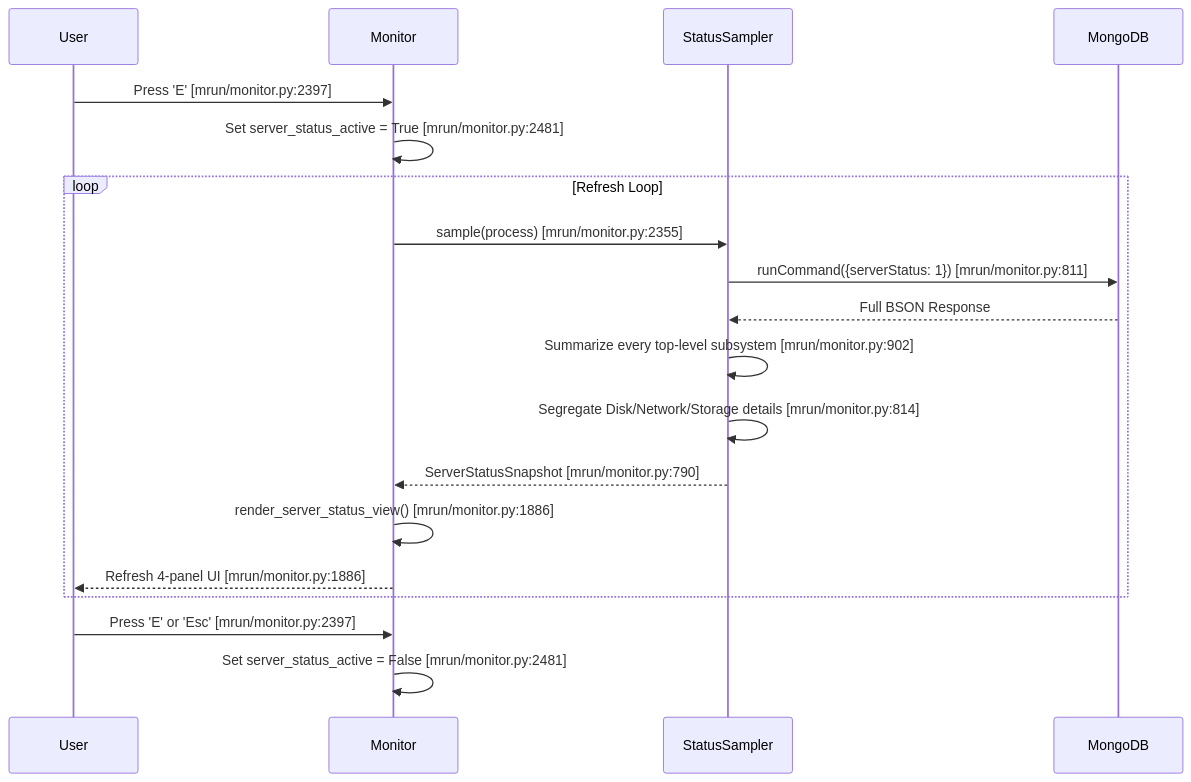
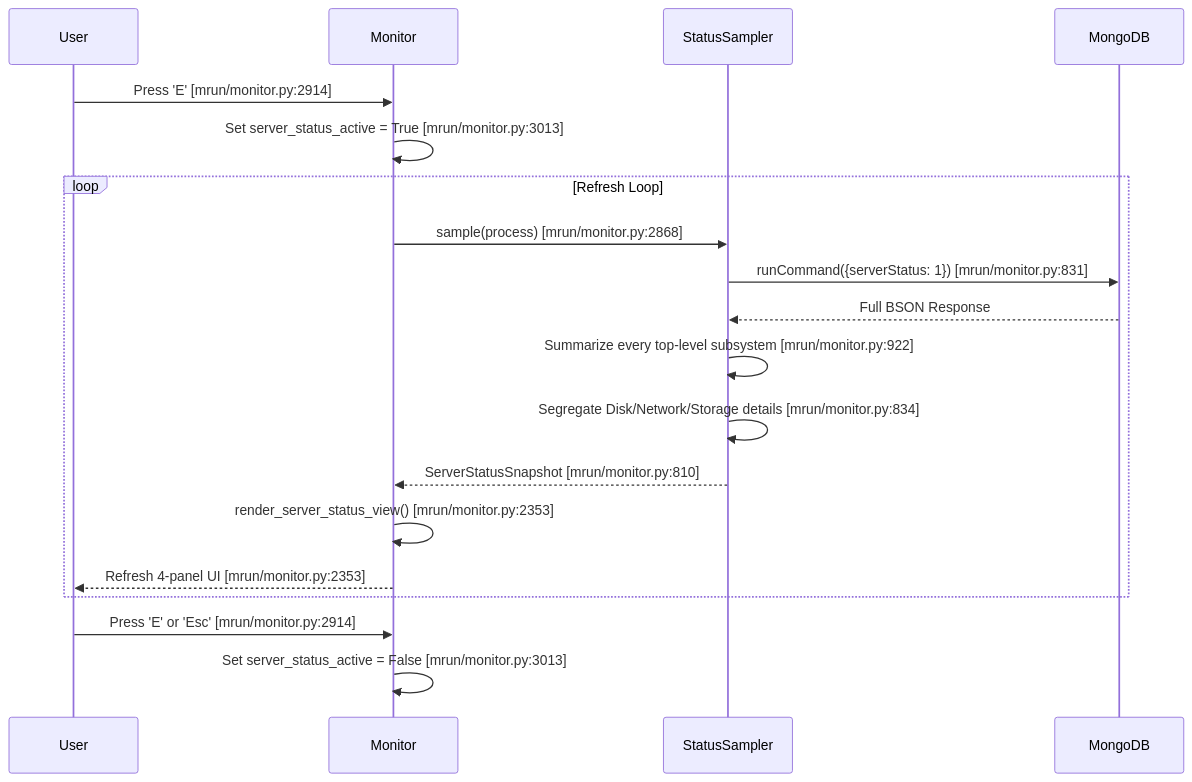
One commit to mongodb/mlaunch changed the fifth of 11 diagrams in doc/feature-monitor-guide.md. Above: the diagram before and after it, drawn with Mermaid. The commit also changed other lines of this file and 4 other files, not shown here.

````diff
--- a/doc/feature-monitor-guide.md
+++ b/doc/feature-monitor-guide.md
@@ -362,22 +365,22 @@
 ```mermaid
 sequenceDiagram
     participant User
     participant Monitor
     participant StatusSampler
     participant Mongo as MongoDB
 
-    User->>Monitor: Press 'E' [mrun/monitor.py:2397]
-    Monitor->>Monitor: Set server_status_active = True [mrun/monitor.py:2481]
+    User->>Monitor: Press 'E' [mrun/monitor.py:2914]
+    Monitor->>Monitor: Set server_status_active = True [mrun/monitor.py:3013]
     loop Refresh Loop
-        Monitor->>StatusSampler: sample(process) [mrun/monitor.py:2355]
-        StatusSampler->>Mongo: runCommand({serverStatus: 1}) [mrun/monitor.py:811]
+        Monitor->>StatusSampler: sample(process) [mrun/monitor.py:2868]
+        StatusSampler->>Mongo: runCommand({serverStatus: 1}) [mrun/monitor.py:831]
         Mongo-->>StatusSampler: Full BSON Response
-        StatusSampler->>StatusSampler: Summarize every top-level subsystem [mrun/monitor.py:902]
-        StatusSampler->>StatusSampler: Segregate Disk/Network/Storage details [mrun/monitor.py:814]
-        StatusSampler-->>Monitor: ServerStatusSnapshot [mrun/monitor.py:790]
-        Monitor->>Monitor: render_server_status_view() [mrun/monitor.py:1886]
-        Monitor-->>User: Refresh 4-panel UI [mrun/monitor.py:1886]
+        StatusSampler->>StatusSampler: Summarize every top-level subsystem [mrun/monitor.py:922]
+        StatusSampler->>StatusSampler: Segregate Disk/Network/Storage details [mrun/monitor.py:834]
+        StatusSampler-->>Monitor: ServerStatusSnapshot [mrun/monitor.py:810]
+        Monitor->>Monitor: render_server_status_view() [mrun/monitor.py:2353]
+        Monitor-->>User: Refresh 4-panel UI [mrun/monitor.py:2353]
     end
-    User->>Monitor: Press 'E' or 'Esc' [mrun/monitor.py:2397]
-    Monitor->>Monitor: Set server_status_active = False [mrun/monitor.py:2481]
+    User->>Monitor: Press 'E' or 'Esc' [mrun/monitor.py:2914]
+    Monitor->>Monitor: Set server_status_active = False [mrun/monitor.py:3013]
 ```
````
